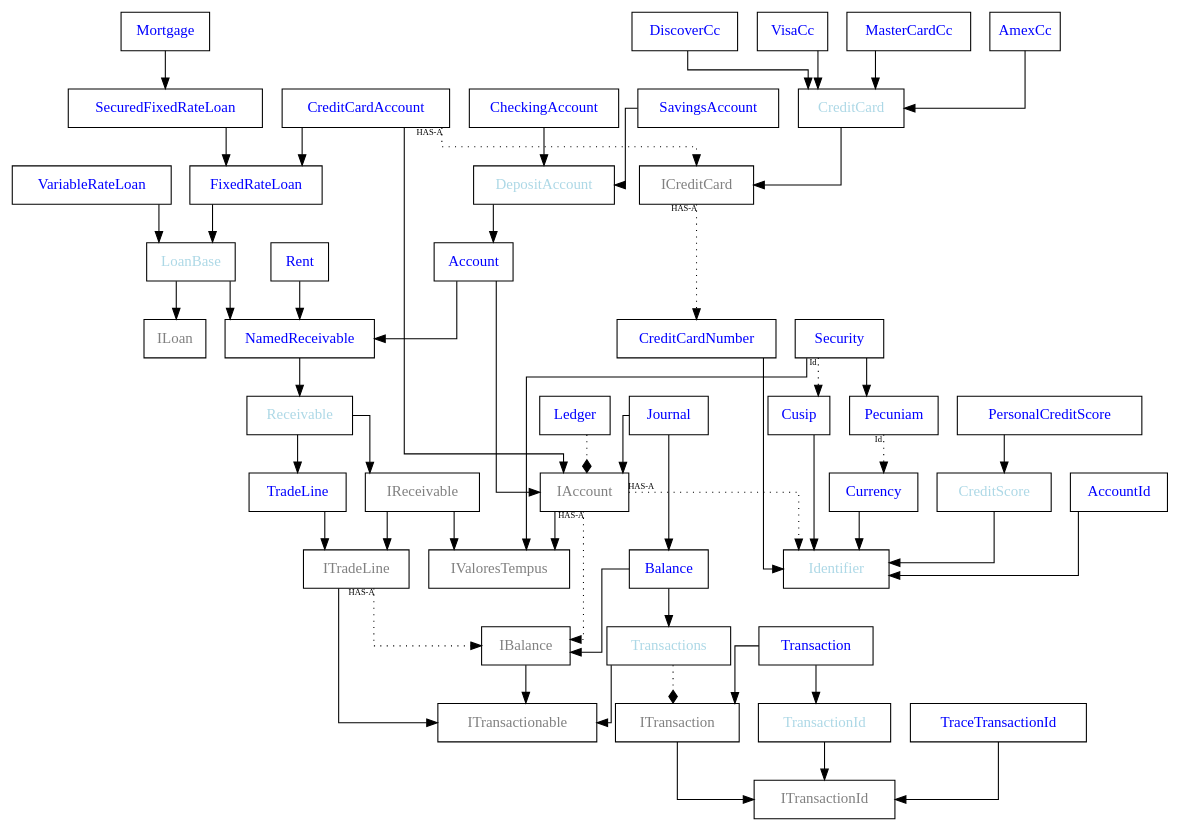
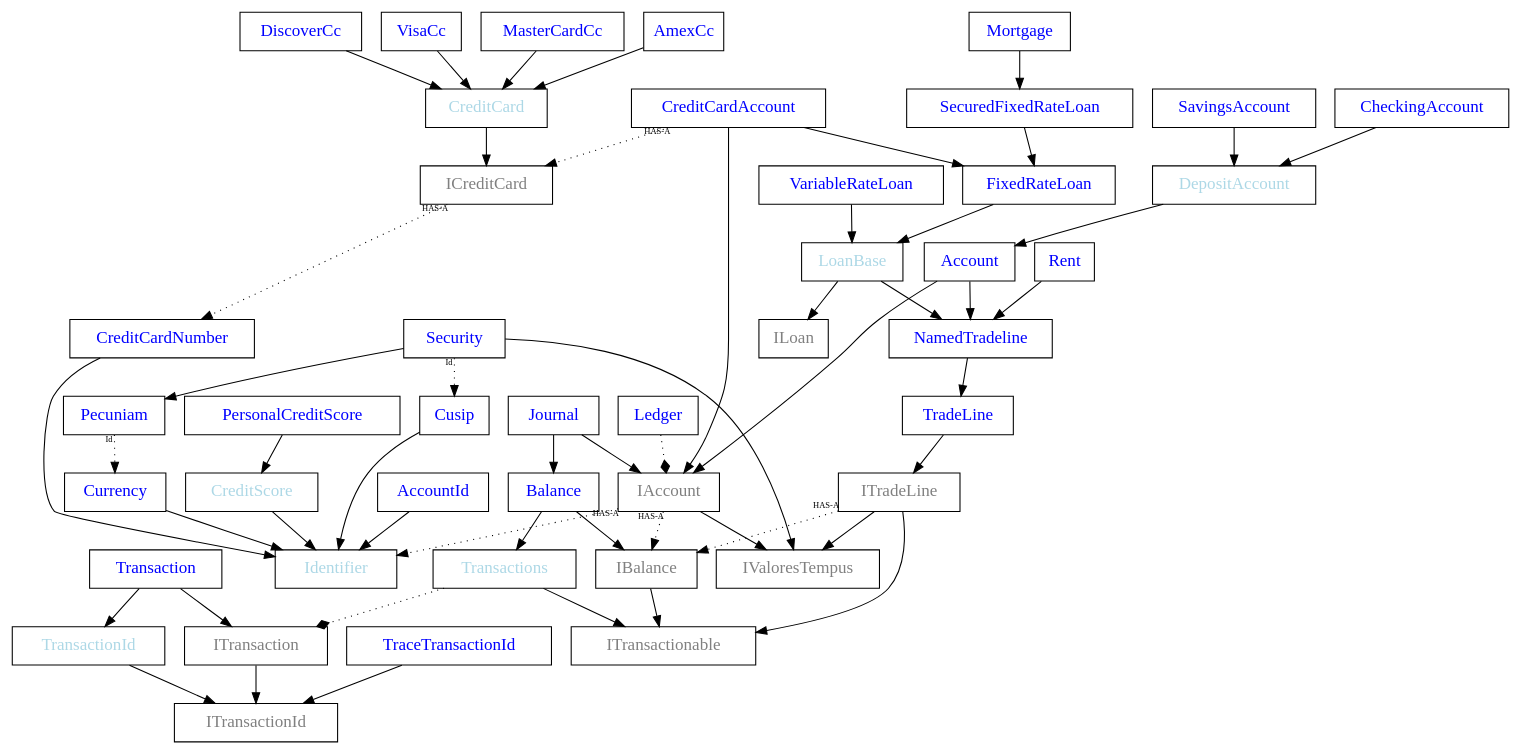
Before and after one commit to nofuture-git/31g: the diagram in trunk/Code/NoFuture/Rand/Sp/__ClassDiagram.gv, drawn with Graphviz. The commit also changed 7 other files, not shown here.

Commit message:
renamed various methods replacing Receivable with Tradeline

```diff
--- a/trunk/Code/NoFuture/Rand/Sp/__ClassDiagram.gv
+++ b/trunk/Code/NoFuture/Rand/Sp/__ClassDiagram.gv
@@ -1,80 +1,75 @@
 digraph noFutureRandDataSp {
-    node [fontname=Consolas, shape=box fontcolor="blue"]
-    graph [splines=ortho];
+    node [fontname=Consolas, shape=box, fontcolor="blue", fontsize=16]
+    //graph [splines=ortho];
     
     LoanBase [fontcolor="lightblue"]
     CreditCard [fontcolor="lightblue"]
     CreditScore [fontcolor="lightblue"]
     ICreditCard [fontcolor="grey"]
     IAccount [fontcolor="grey"]
     IBalance [fontcolor="grey"]
     ILoan [fontcolor="grey"]
-    IReceivable [fontcolor="grey"]
     ITradeLine [fontcolor="grey"]
     ITransaction [fontcolor="grey"]
     ITransactionable [fontcolor="grey"]
     ITransactionId [fontcolor="grey"]
     IValoresTempus [fontcolor="grey"]
     LoanBase [fontcolor="lightblue"]
-    Receivable [fontcolor="lightblue"]
     TransactionId [fontcolor="lightblue"]
     DepositAccount [fontcolor="lightblue"]
     Identifier [fontcolor="lightblue"]
     Transactions [fontcolor="lightblue"]
     
     Mortgage -> SecuredFixedRateLoan
     SecuredFixedRateLoan -> FixedRateLoan
     CreditCardAccount -> FixedRateLoan
     CreditCardAccount -> IAccount
     CreditCardAccount -> ICreditCard [style="dotted" taillabel="HAS-A",fontname=Consolas, fontsize=8]
     FixedRateLoan -> LoanBase
-    LoanBase -> NamedReceivable
-    Rent -> NamedReceivable
+    LoanBase -> NamedTradeline
+    Rent -> NamedTradeline
     CheckingAccount -> DepositAccount
     SavingsAccount -> DepositAccount
-    Account -> NamedReceivable
+    Account -> NamedTradeline
     Account -> IAccount
     DepositAccount -> Account
-    Receivable -> IReceivable
-    Receivable -> TradeLine
-    IReceivable -> ITradeLine
-    IReceivable -> IValoresTempus
+    ITradeLine -> IValoresTempus
     LoanBase -> ILoan
     TradeLine -> ITradeLine
     ITradeLine -> ITransactionable
     IAccount -> IValoresTempus
     IAccount -> Identifier [style="dotted" taillabel="HAS-A",fontname=Consolas, fontsize=8]
     IAccount -> IBalance [style="dotted" taillabel="HAS-A",fontname=Consolas, fontsize=8]
-    NamedReceivable -> Receivable
+    NamedTradeline -> TradeLine
     ITradeLine -> IBalance [style="dotted" taillabel="HAS-A",fontname=Consolas, fontsize=8]
     Balance -> IBalance
     Balance -> Transactions
     VariableRateLoan -> LoanBase
     Security -> IValoresTempus
     Security -> Pecuniam
     Security -> Cusip [style="dotted", taillabel="Id",fontname=Consolas, fontsize=8]
     Cusip -> Identifier
     Pecuniam -> Currency [style="dotted", taillabel="Id",fontname=Consolas, fontsize=8]
     Currency -> Identifier
     CreditScore -> Identifier
     PersonalCreditScore -> CreditScore
     CreditCardNumber -> Identifier
     VisaCc -> CreditCard
     MasterCardCc -> CreditCard
     AmexCc -> CreditCard
     DiscoverCc -> CreditCard
     CreditCard -> ICreditCard
     ICreditCard -> CreditCardNumber [style="dotted" taillabel="HAS-A",fontname=Consolas, fontsize=8]
     IBalance -> ITransactionable
     AccountId -> Identifier
     Transactions -> ITransaction [style="dotted" arrowhead="diamond"]
     Transactions -> ITransactionable
     Transaction -> ITransaction
     Transaction -> TransactionId
     ITransaction -> ITransactionId
     TransactionId -> ITransactionId
     TraceTransactionId -> ITransactionId
     Journal -> Balance
     Journal -> IAccount
     Ledger -> IAccount [style="dotted" arrowhead="diamond"]
 }
```
